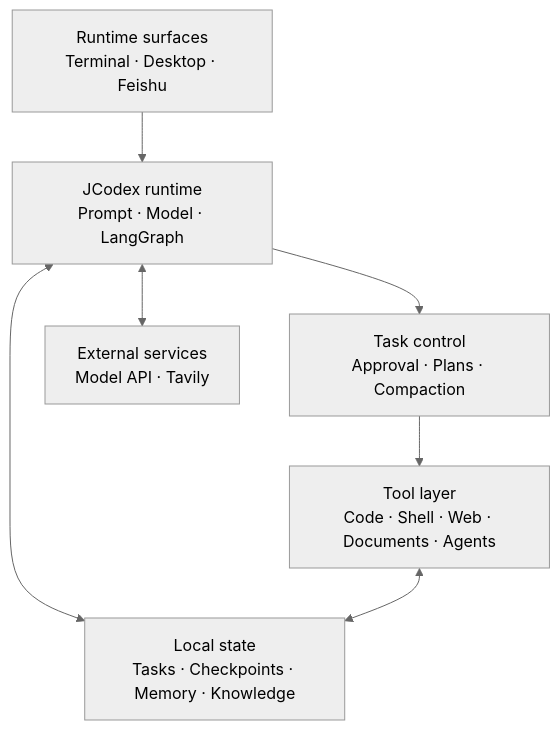
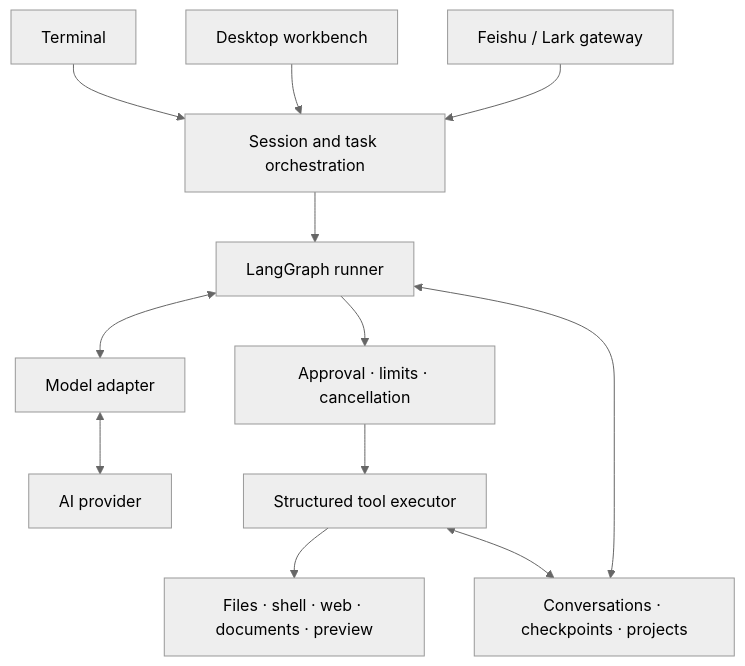
The first of 5 diagrams in README.md (chuanchuan123321/JCodex), drawn with Mermaid (neutral theme) before and after one commit. The commit also changed other lines of this file and 1 other file, not shown here.

First line of the commit message:
完善产品展示与架构说明 / Expand product showcase and architecture

````diff
--- a/README.md
+++ b/README.md
@@ -70,9 +93,14 @@
 ```mermaid
 flowchart TB
-    UI["Runtime surfaces<br/>Terminal · Desktop · Feishu"] --> Core["JCodex runtime<br/>Prompt · Model · LangGraph"]
-    Core --> Control["Task control<br/>Approval · Plans · Compaction"]
-    Control --> Tools["Tool layer<br/>Code · Shell · Web · Documents · Agents"]
-    Core <--> State["Local state<br/>Tasks · Checkpoints · Memory · Knowledge"]
-    Core <--> APIs["External services<br/>Model API · Tavily"]
-    Tools <--> State
+    CLI["Terminal"] --> Session["Session and task orchestration"]
+    Desktop["Desktop workbench"] --> Session
+    Gateway["Feishu / Lark gateway"] --> Session
+    Session --> Graph["LangGraph runner"]
+    Graph <--> Model["Model adapter"]
+    Model <--> Provider["AI provider"]
+    Graph --> Control["Approval · limits · cancellation"]
+    Control --> Executor["Structured tool executor"]
+    Executor --> Host["Files · shell · web · documents · preview"]
+    Graph <--> State["Conversations · checkpoints · projects"]
+    Executor <--> State
 ```
````
